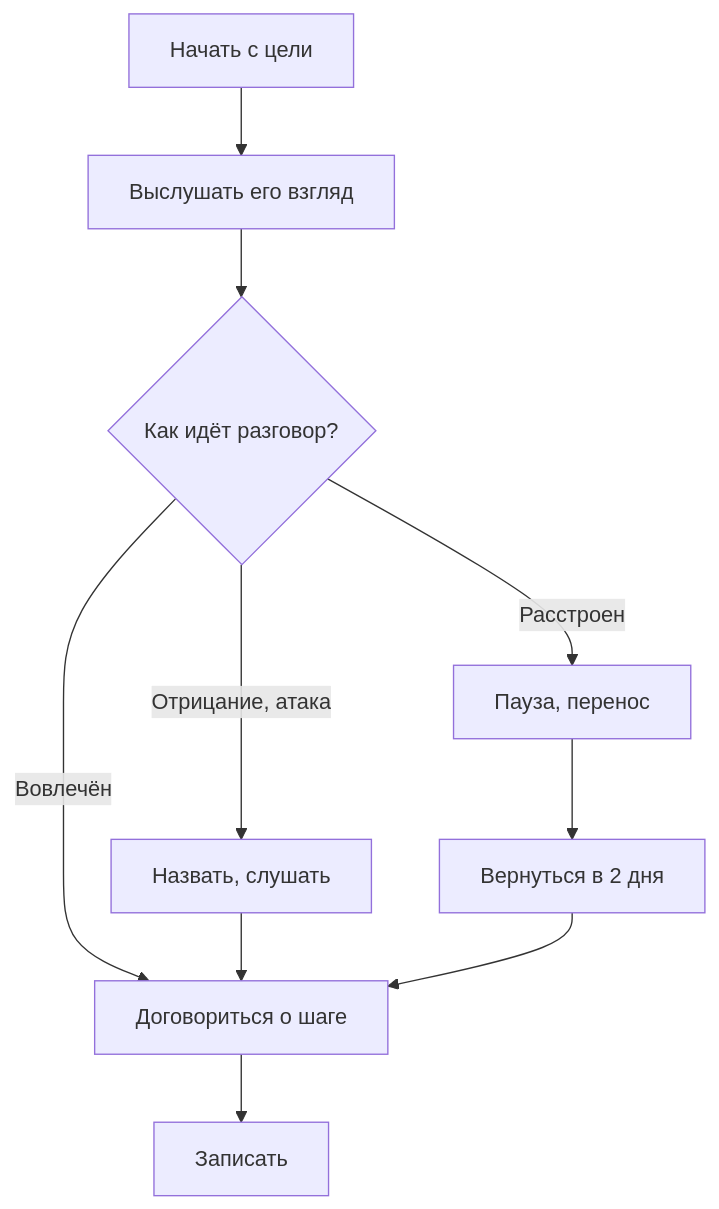
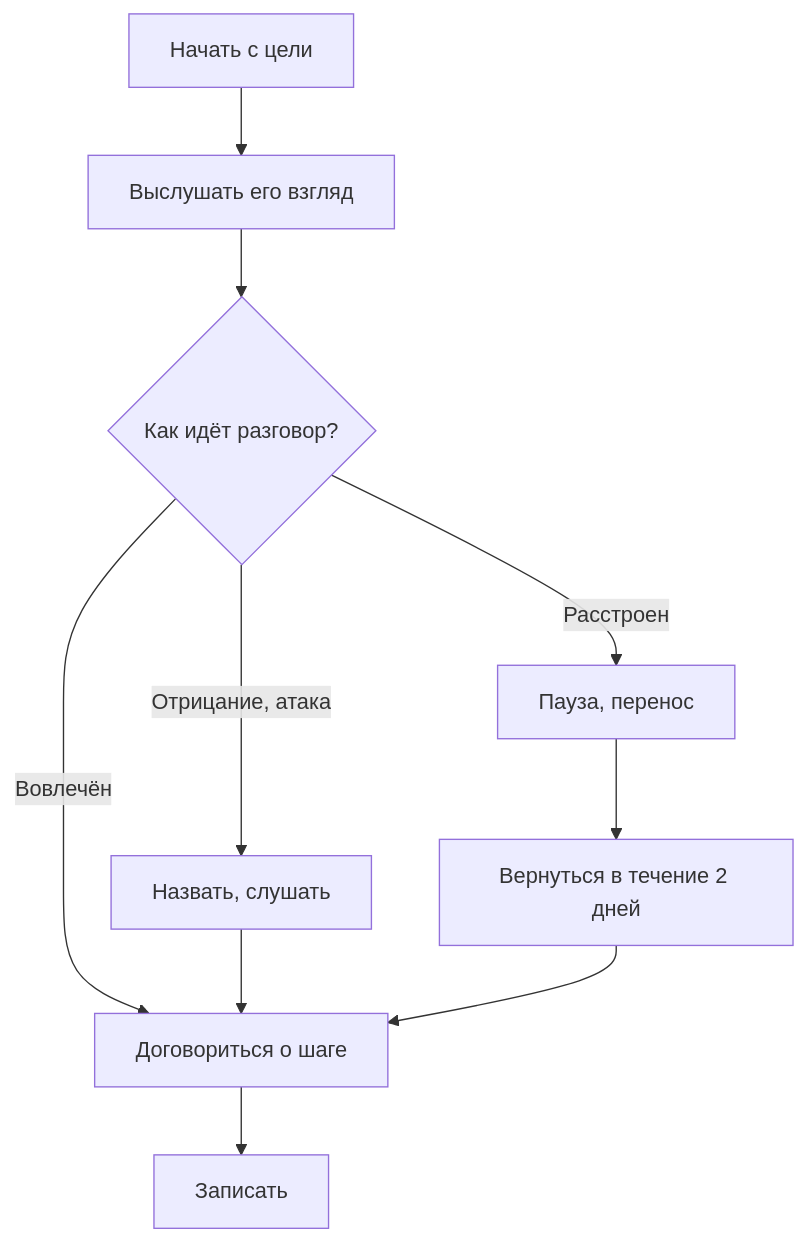
Before and after one commit to XayyamSadigov/engineering-leadership-book: the third of 3 diagrams in docs/parts/02-people-management/06-feedback-conflict-and-difficult-conversations.ru.md, drawn with Mermaid. The commit also changed other lines of this file and 14 other files, not shown here.

````diff
--- a/docs/parts/02-people-management/06-feedback-conflict-and-difficult-conversations.ru.md
+++ b/docs/parts/02-people-management/06-feedback-conflict-and-difficult-conversations.ru.md
@@ -238,12 +240,12 @@
 ```mermaid
 flowchart TD
     O["Начать с цели"] --> L["Выслушать его взгляд"]
     L --> R{"Как идёт разговор?"}
     R -->|"Вовлечён"| AG["Договориться о шаге"]
     R -->|"Отрицание, атака"| N["Назвать, слушать"]
     R -->|"Расстроен"| PA["Пауза, перенос"]
     N --> AG
-    PA --> RE["Вернуться в 2 дня"]
+    PA --> RE["Вернуться в течение 2 дней"]
     RE --> AG
     AG --> W["Записать"]
 ```
````
